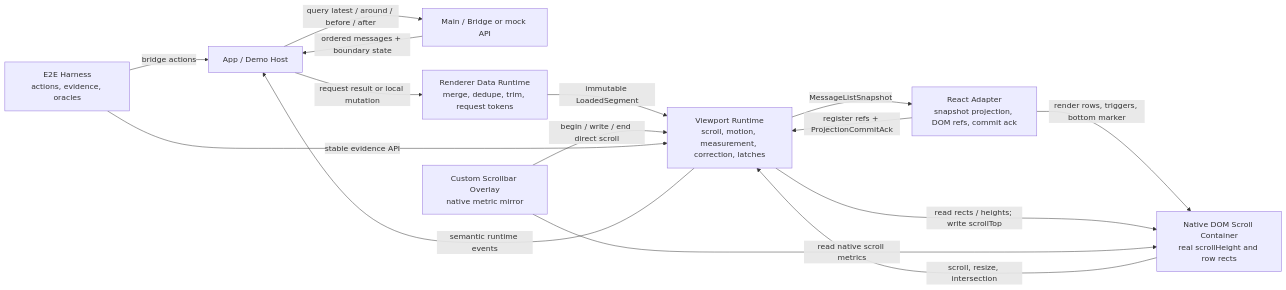
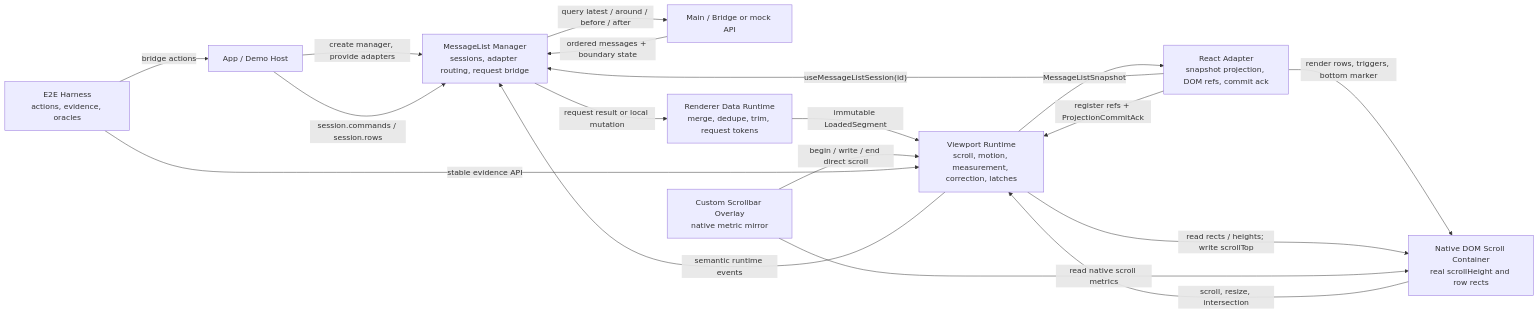
The first of 2 diagrams in docs/graph/module-boundaries.md (LouisGo/XMessageList), drawn with Mermaid before and after one commit. The commit also changed 162 other files, not shown here.

First line of the commit message:
refactor: introduce message list session manager API

````diff
--- a/docs/graph/module-boundaries.md
+++ b/docs/graph/module-boundaries.md
@@ -5,26 +5,30 @@
 ```mermaid
 flowchart LR
   Host["App / Demo Host"]
   Source["Main / Bridge or mock API"]
+  Manager["MessageList Manager<br/>sessions, adapter routing, request bridge"]
   Data["Renderer Data Runtime<br/>merge, dedupe, trim, request tokens"]
   Runtime["Viewport Runtime<br/>scroll, motion, measurement, correction, latches"]
   React["React Adapter<br/>snapshot projection, DOM refs, commit ack"]
   DOM["Native DOM Scroll Container<br/>real scrollHeight and row rects"]
   Overlay["Custom Scrollbar Overlay<br/>native metric mirror"]
   E2E["E2E Harness<br/>actions, evidence, oracles"]
 
-  Host -->|"query latest / around / before / after"| Source
-  Source -->|"ordered messages + boundary state"| Host
-  Host -->|"request result or local mutation"| Data
+  Host -->|"create manager, provide adapters"| Manager
+  React -->|"useMessageListSession(id)"| Manager
+  Manager -->|"query latest / around / before / after"| Source
+  Source -->|"ordered messages + boundary state"| Manager
+  Host -->|"session.commands / session.rows"| Manager
+  Manager -->|"request result or local mutation"| Data
   Data -->|"immutable LoadedSegment"| Runtime
   Runtime -->|"MessageListSnapshot"| React
   React -->|"render rows, triggers, bottom marker"| DOM
   React -->|"register refs + ProjectionCommitAck"| Runtime
   Runtime -->|"read rects / heights; write scrollTop"| DOM
   DOM -->|"scroll, resize, intersection"| Runtime
-  Runtime -->|"semantic runtime events"| Host
+  Runtime -->|"semantic runtime events"| Manager
   Overlay -->|"begin / write / end direct scroll"| Runtime
   Overlay -->|"read native scroll metrics"| DOM
   E2E -->|"bridge actions"| Host
   E2E -->|"stable evidence API"| Runtime
 ```
````
